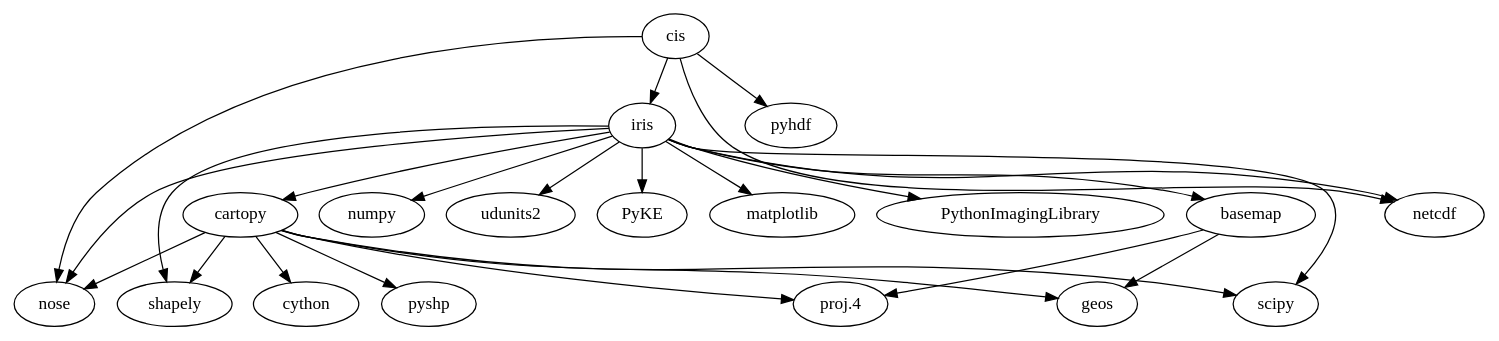
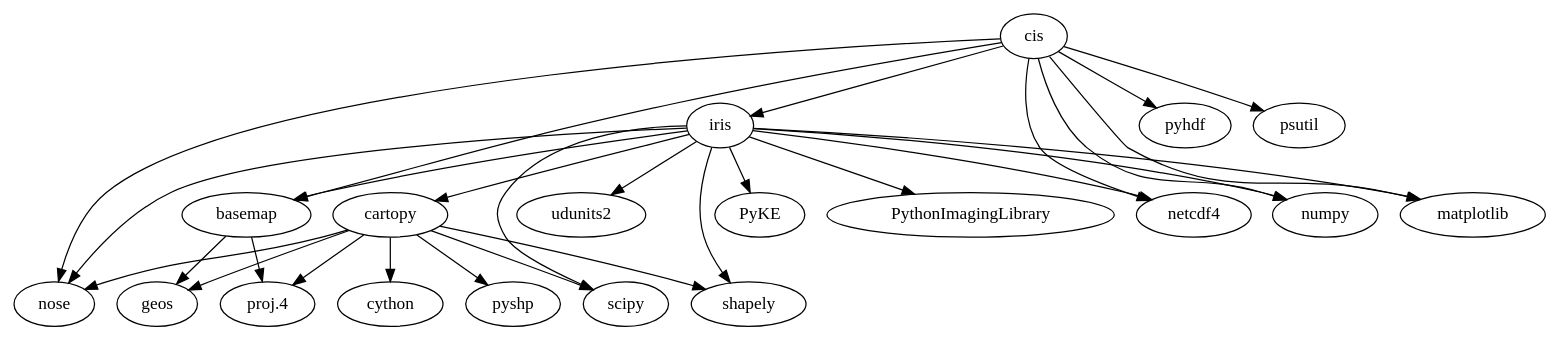
The diagram in doc/cis_dependency.dot (cedadev/cis), drawn with Graphviz before and after one commit.

Commit message:
Update dependency diagram

```diff
--- a/doc/cis_dependency.dot
+++ b/doc/cis_dependency.dot
@@ -1,30 +1,34 @@
 digraph cis {
     cis -> iris;
     cis -> nose;
-    cis -> netcdf;
+    cis -> netcdf4;
 	cis -> pyhdf;
+	cis -> psutil;
+	cis -> numpy;
+	cis -> matplotlib;
+	cis -> basemap;
 
-    iris -> netcdf;
+    iris -> netcdf4;
     iris -> nose;
     iris -> numpy;
     iris -> scipy;
     iris -> udunits2;
     iris -> PyKE;
     iris -> matplotlib;
     iris -> cartopy;
     iris -> PythonImagingLibrary;
     iris -> basemap;
     iris -> shapely;
-    
+
     basemap -> "proj.4";
     basemap -> geos;
 
     cartopy -> cython;
     cartopy -> "proj.4";
     cartopy -> geos;
     cartopy -> shapely;
     cartopy -> pyshp;
     cartopy -> nose;
-    cartopy -> scipy;    
+    cartopy -> scipy;
 
 }
```
